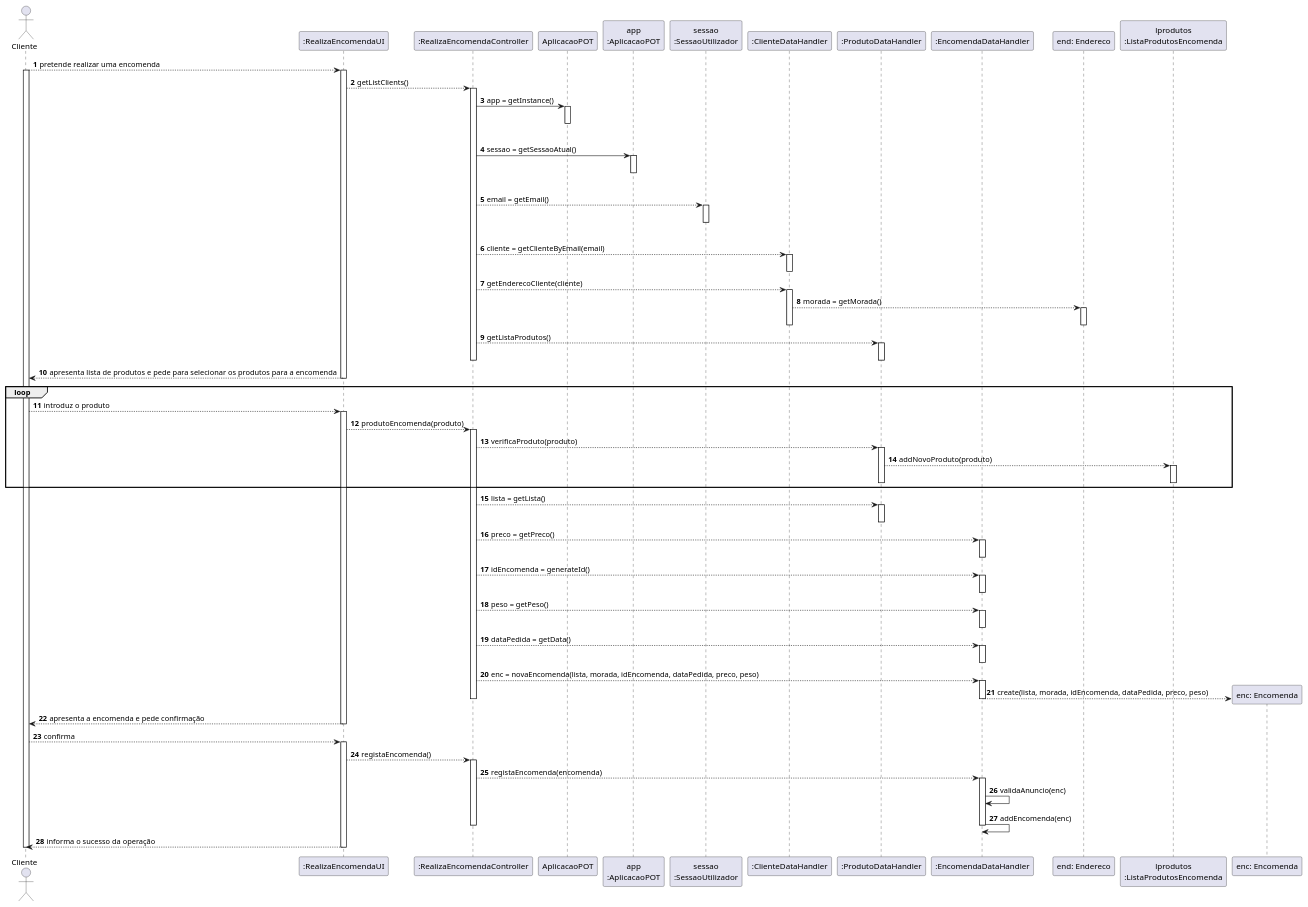
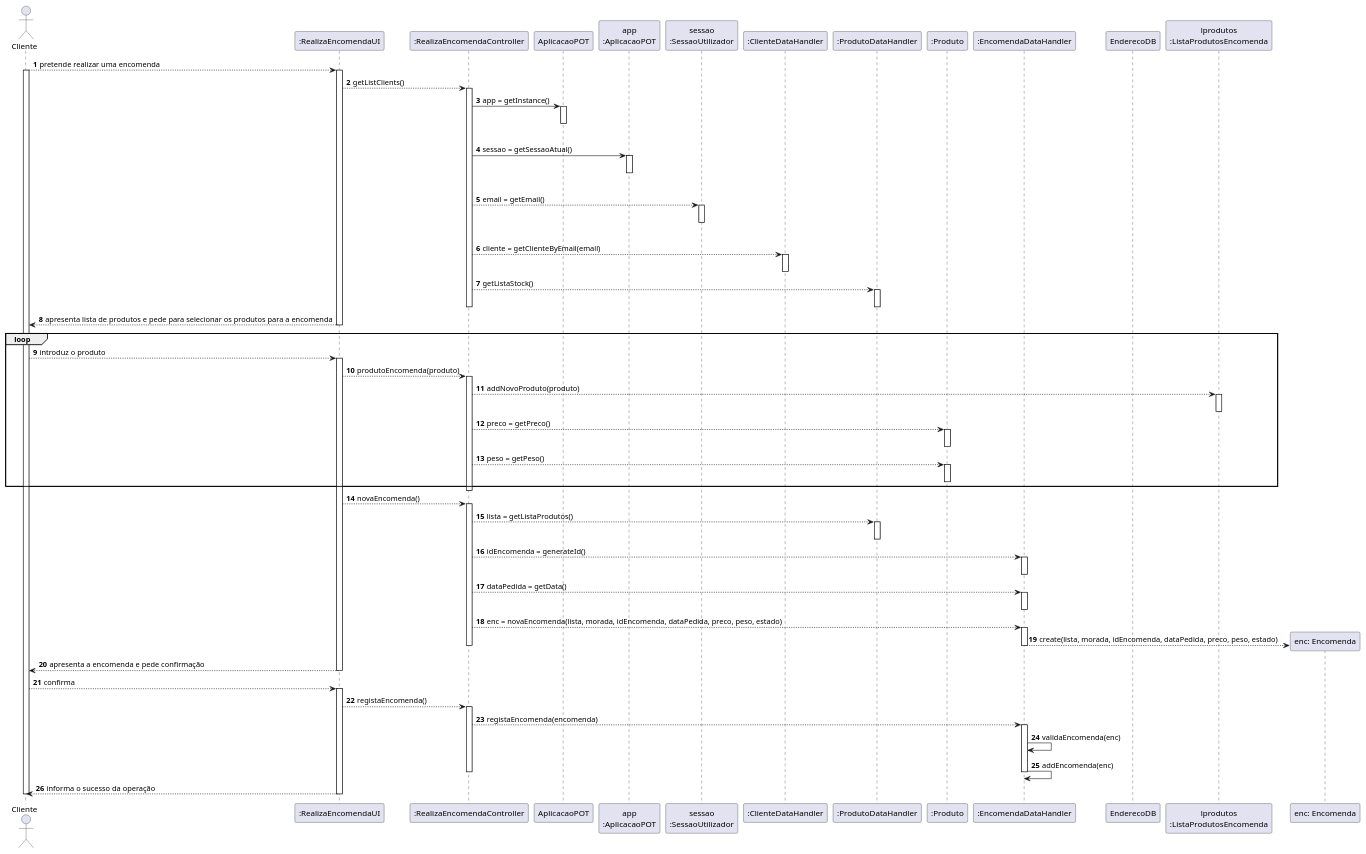
The diagram in docs/UC25/SD.puml (pedrolemos4/LAPR3), drawn with PlantUML before and after one commit. The commit also changed 3 other files, not shown here.

```diff
--- a/docs/UC25/SD.puml
+++ b/docs/UC25/SD.puml
@@ -1,131 +1,127 @@
 @startuml
 autonumber
 'hide footbox
 actor "Cliente" as CLI
 
 participant ":RealizaEncomendaUI" as UI
 participant ":RealizaEncomendaController" as CTRL
 participant "AplicacaoPOT" as _APP
 participant "app\n:AplicacaoPOT" as APP
 participant "sessao\n:SessaoUtilizador" as SESSAO
 participant ":ClienteDataHandler" as DH
 participant ":ProdutoDataHandler" as PDH
+participant ":Produto" as PRO
 participant ":EncomendaDataHandler" as EDH
-participant "end: Endereco" as END
+participant "EnderecoDB" as END
 participant "lprodutos\n:ListaProdutosEncomenda" as LPROD
 participant "enc: Encomenda" as ENC
 
 
 CLI --> UI : pretende realizar uma encomenda
 activate CLI
 activate UI
 
 UI --> CTRL : getListClients()
 activate CTRL
 
 CTRL -> _APP: app = getInstance()
 activate _APP
 |||
 deactivate _APP
 
 CTRL -> APP: sessao = getSessaoAtual()
 activate APP
 |||
 deactivate APP
 
 CTRL --> SESSAO : email = getEmail()
 activate SESSAO
 |||
 deactivate SESSAO
 
 
 CTRL --> DH : cliente = getClienteByEmail(email)
 activate DH
 deactivate DH
 
-CTRL --> DH : getEnderecoCliente(cliente)
-activate DH
-
-DH --> END : morada = getMorada()
-activate END
-deactivate END
 deactivate DH
-CTRL --> PDH : getListaProdutos()
+CTRL --> PDH : getListaStock()
 activate PDH
 deactivate PDH
 
 deactivate DH
 deactivate CTRL
 
 UI --> CLI : apresenta lista de produtos e pede para selecionar os produtos para a encomenda
 deactivate UI
 
 
 LOOP
 CLI --> UI : introduz o produto
 activate UI
 
 UI --> CTRL : produtoEncomenda(produto)
 activate CTRL
 
-CTRL --> PDH : verificaProduto(produto)
-activate PDH
-
-PDH --> LPROD : addNovoProduto(produto)
+CTRL --> LPROD : addNovoProduto(produto)
 activate LPROD
 
 deactivate PDH
 deactivate LPROD
 
+CTRL --> PRO : preco = getPreco()
+activate PRO
+deactivate PRO
+
+CTRL --> PRO : peso = getPeso()
+activate PRO
+deactivate PRO
+
 END LOOP
+deactivate CTRL
 
-CTRL --> PDH : lista = getLista()
+UI --> CTRL : novaEncomenda()
+activate CTRL
+
+CTRL --> PDH : lista = getListaProdutos()
 activate PDH
 deactivate PDH
 
-CTRL --> EDH : preco = getPreco()
-activate EDH
-deactivate EDH
-
 CTRL --> EDH : idEncomenda = generateId()
-activate EDH
-deactivate EDH
-
-CTRL --> EDH : peso = getPeso()
 activate EDH
 deactivate EDH
 
 CTRL --> EDH : dataPedida = getData()
 activate EDH
 deactivate EDH
 
-CTRL --> EDH : enc = novaEncomenda(lista, morada, idEncomenda, dataPedida, preco, peso)
+CTRL --> EDH : enc = novaEncomenda(lista, morada, idEncomenda, dataPedida, preco, peso, estado)
 activate EDH
 
-EDH --> ENC ** : create(lista, morada, idEncomenda, dataPedida, preco, peso)
+EDH --> ENC ** : create(lista, morada, idEncomenda, dataPedida, preco, peso, estado)
 deactivate EDH
 
 deactivate CTRL
 
 UI --> CLI : apresenta a encomenda e pede confirmação
 deactivate UI
 
 CLI --> UI : confirma
 activate UI
 
 UI --> CTRL : registaEncomenda()
 activate CTRL
 
 CTRL --> EDH : registaEncomenda(encomenda)
 activate EDH
-EDH -> EDH : validaAnuncio(enc)
+EDH -> EDH : validaEncomenda(enc)
 EDH -> EDH: addEncomenda(enc)
 deactivate EDH
 
 deactivate CTRL
 
 UI --> CLI : informa o sucesso da operação
 deactivate UI
 deactivate CLI
 
 @enduml
```
